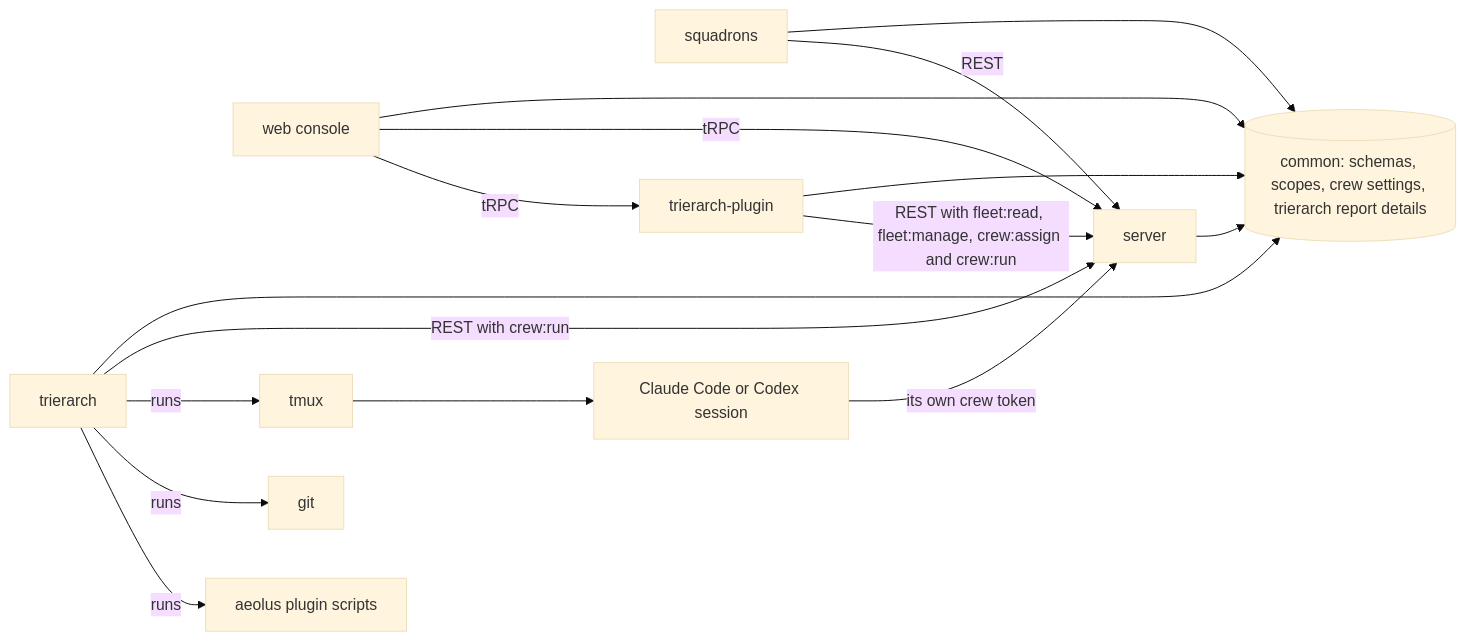
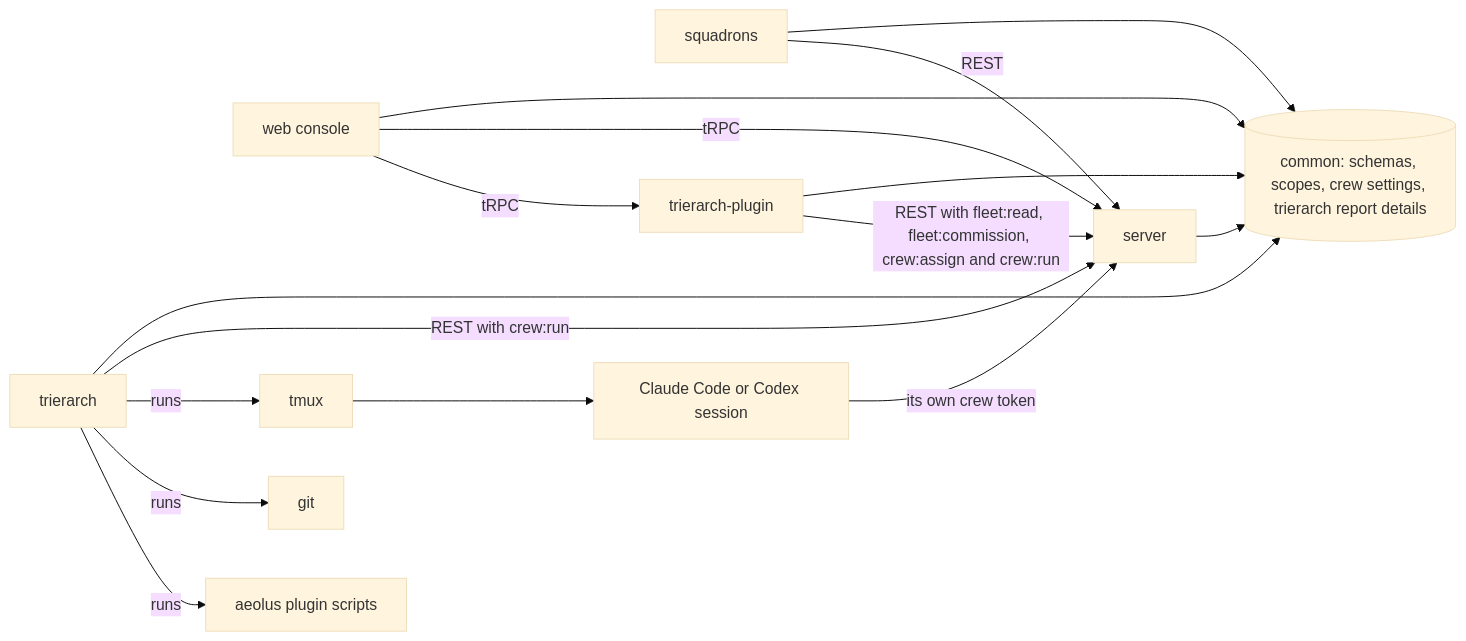
Before and after one commit to ThomasHendrickx/aeolus-fleet: the sixth of 6 diagrams in docs/architecture.md, drawn with Mermaid (base theme). The commit also changed other lines of this file and 2 other files, not shown here.

First line of the commit message:
docs: the scope catalogue, commission, resend and manage reach in the architecture

````diff
--- a/docs/architecture.md
+++ b/docs/architecture.md
@@ -374,19 +374,19 @@
 ```mermaid
 flowchart LR
   common[(common: schemas, scopes, crew settings, trierarch report details)]
   server[server] --> common
   web[web console] --> common
   squadrons[squadrons] --> common
   plugin[trierarch-plugin] --> common
   trierarch[trierarch] --> common
   web -- tRPC --> server
   web -- tRPC --> plugin
   squadrons -- REST --> server
-  plugin -- REST with fleet:read, fleet:manage, crew:assign and crew:run --> server
+  plugin -- REST with fleet:read, fleet:commission, crew:assign and crew:run --> server
   trierarch -- REST with crew:run --> server
   trierarch -- runs --> tmux[tmux]
   trierarch -- runs --> git[git]
   trierarch -- runs --> aeolusplugin[aeolus plugin scripts]
   tmux --> session[Claude Code or Codex session]
   session -- its own crew token --> server
 ```
````
